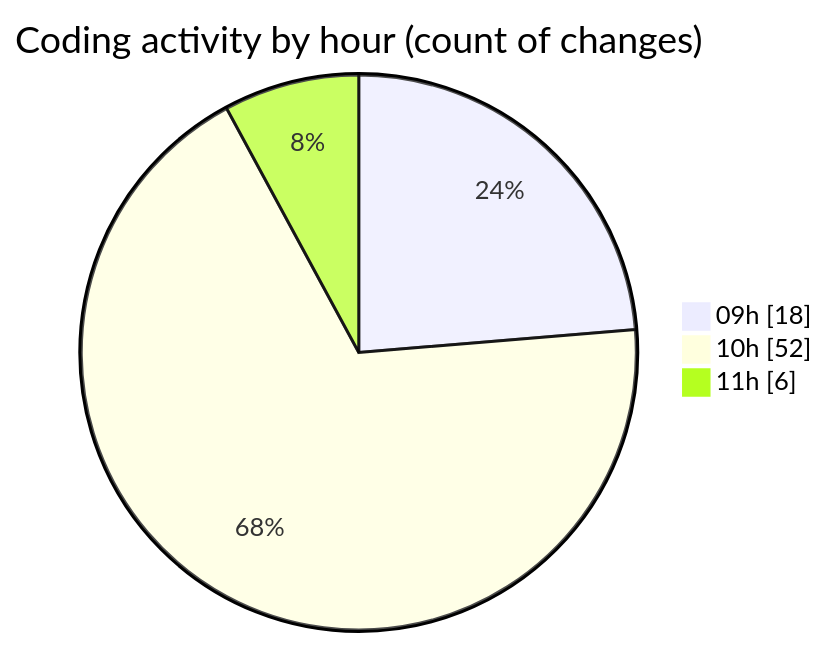
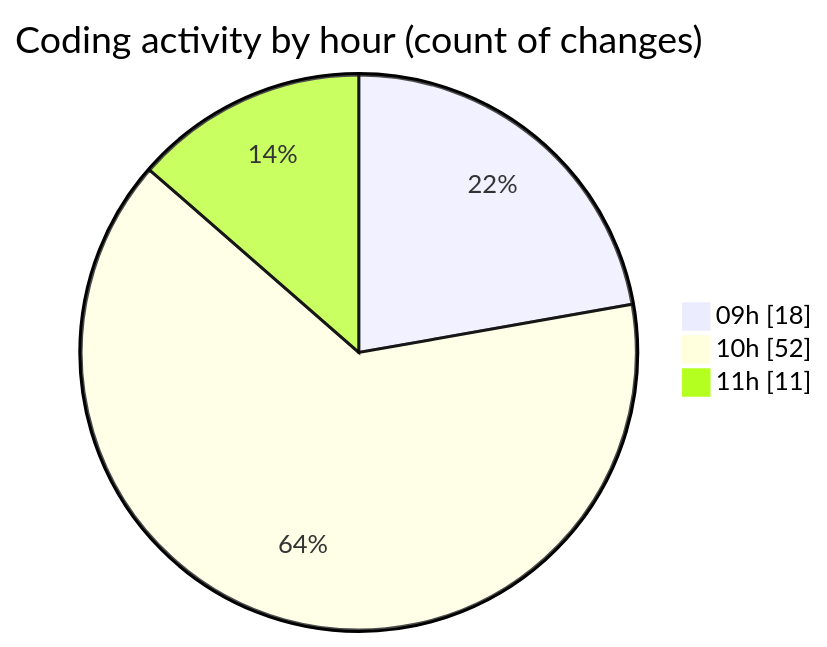
One commit to momahboobian/code-tracking changed the second of 2 diagrams in 2025-03-21/cda/README.md. Above: the diagram before and after it, drawn with Mermaid. The commit also changed other lines of this file and 1 other file, not shown here.

````diff
--- a/2025-03-21/cda/README.md
+++ b/2025-03-21/cda/README.md
@@ -35,7 +37,7 @@
 ```mermaid
 pie showData
 title Coding activity by hour (count of changes)
 "09h" : 18
 "10h" : 52
-"11h" : 6
+"11h" : 11
 ```
````
